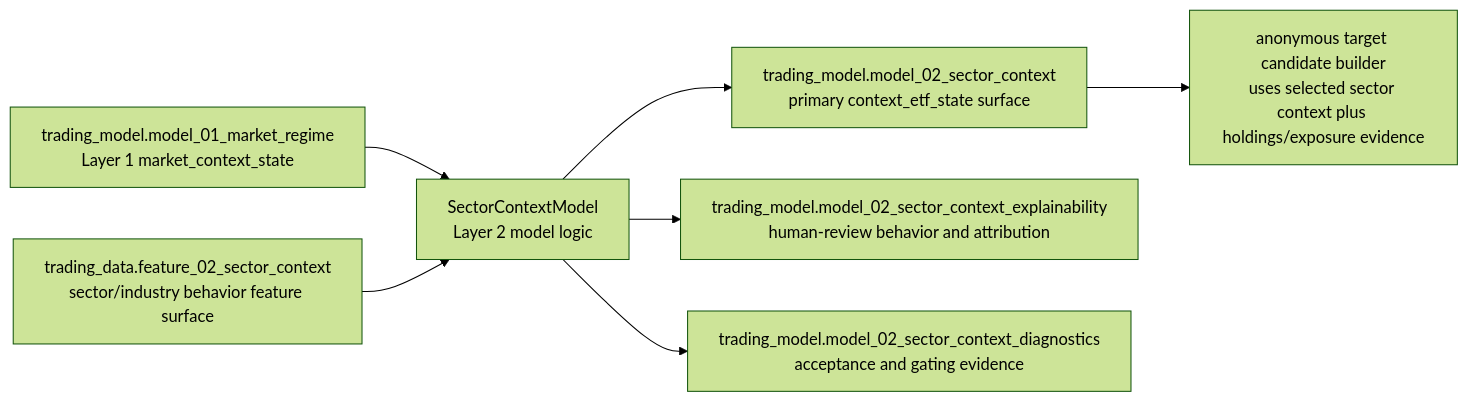
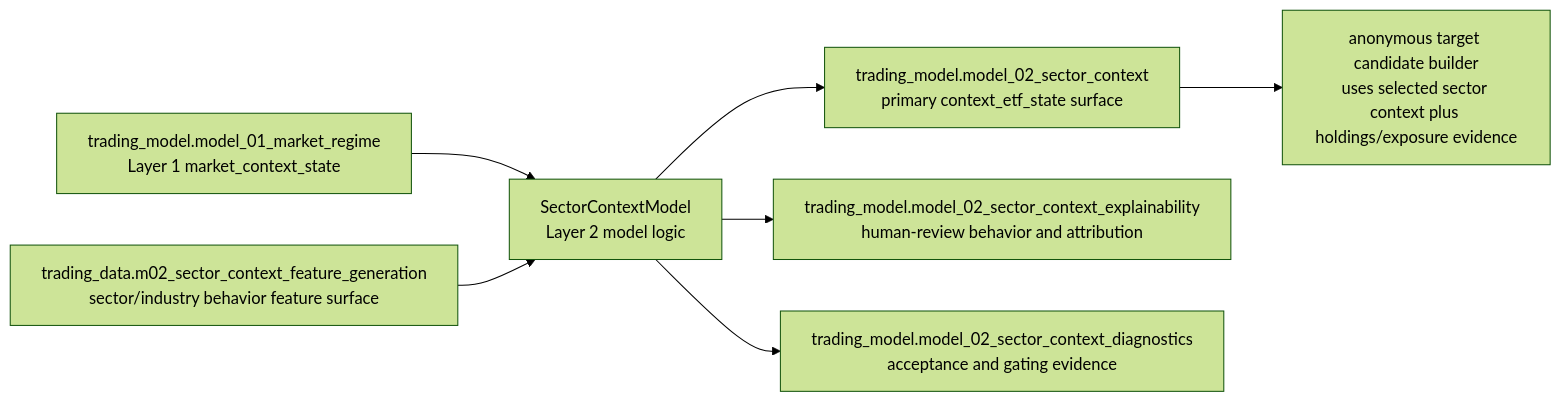
The diagram in docs/11_layer_02_sector_context.md (gilmore307/trading-model), drawn with Mermaid (forest theme) before and after one commit. The commit also changed other lines of this file and 11 other files, not shown here.

````diff
--- a/docs/11_layer_02_sector_context.md
+++ b/docs/11_layer_02_sector_context.md
@@ -18,16 +18,16 @@
 ```mermaid
 flowchart LR
     l1["trading_model.model_01_market_regime<br/>Layer 1 market_context_state"]
-    feature["trading_data.feature_02_sector_context<br/>sector/industry behavior feature surface"]
+    feature["trading_data.m02_sector_context_feature_generation<br/>sector/industry behavior feature surface"]
     model["SectorContextModel<br/>Layer 2 model logic"]
     output["trading_model.model_02_sector_context<br/>primary context_etf_state surface"]
     explain["trading_model.model_02_sector_context_explainability<br/>human-review behavior and attribution"]
     diagnostics["trading_model.model_02_sector_context_diagnostics<br/>acceptance and gating evidence"]
     builder["anonymous target candidate builder<br/>uses selected sector context plus holdings/exposure evidence"]
 
     l1 --> model
     feature --> model
     model --> output --> builder
     model --> explain
     model --> diagnostics
 ```
````
